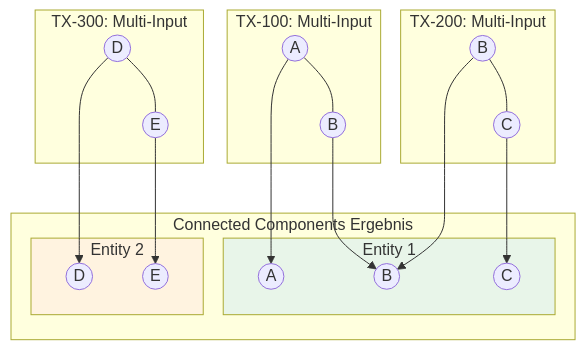
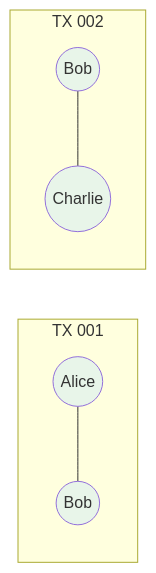
Before and after one commit to RomanRnlt/bitcoin-whale-intelligence: the third of 5 diagrams in docs/architecture.md, drawn with Mermaid. The commit also changed other lines of this file and 4 other files, not shown here.

````diff
--- a/docs/architecture.md
+++ b/docs/architecture.md
@@ -69,36 +169,15 @@
 ```mermaid
-graph TB
-    subgraph tx1["TX-100: Multi-Input"]
-        A((A)) --- B((B))
+graph LR
+    subgraph tx1["TX 001"]
+        A1((Alice)) --- B1((Bob))
     end
 
-    subgraph tx2["TX-200: Multi-Input"]
-        B2((B)) --- C((C))
+    subgraph tx2["TX 002"]
+        B2((Bob)) --- C1((Charlie))
     end
 
-    subgraph tx3["TX-300: Multi-Input"]
-        D((D)) --- E((E))
-    end
-
-    subgraph result["Connected Components Ergebnis"]
-        subgraph entity1["Entity 1"]
-            A1((A))
-            B1((B))
-            C1((C))
-        end
-        subgraph entity2["Entity 2"]
-            D1((D))
-            E1((E))
-        end
-    end
-
-    A --> A1
-    B --> B1
-    B2 --> B1
-    C --> C1
-    D --> D1
-    E --> E1
-
-    style entity1 fill:#e8f5e9
-    style entity2 fill:#fff3e0
+    style A1 fill:#e8f5e9
+    style B1 fill:#e8f5e9
+    style B2 fill:#e8f5e9
+    style C1 fill:#e8f5e9
 ```
````
